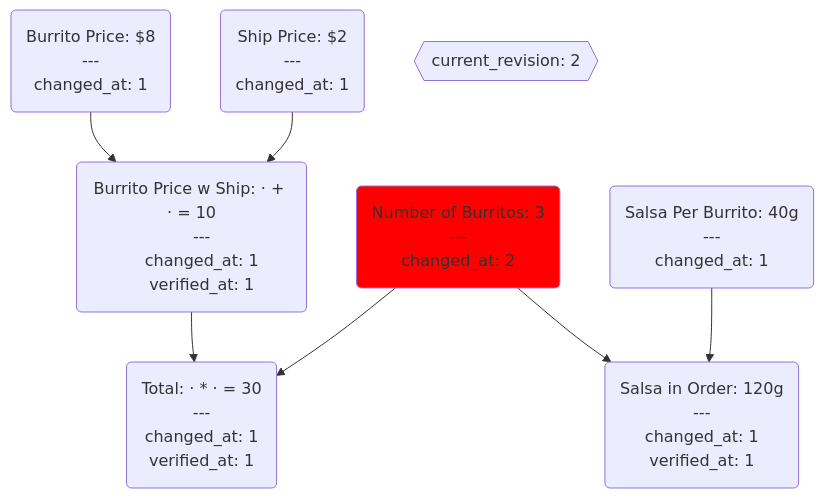
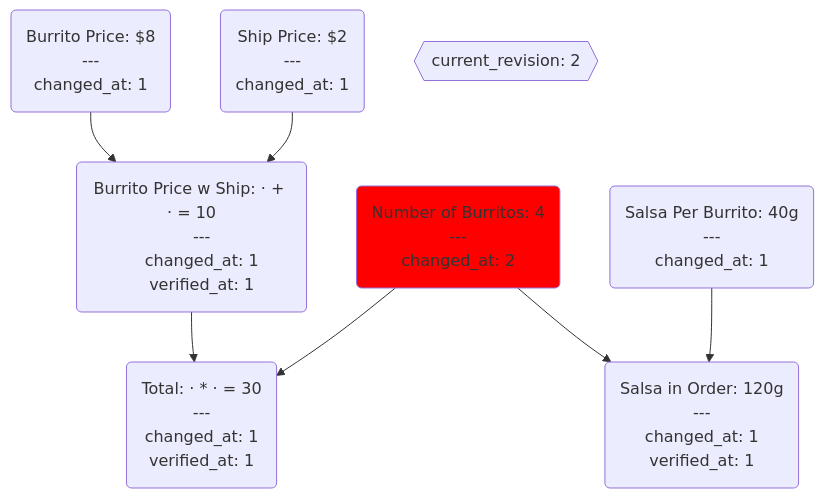
The fourth of 10 diagrams in drafts/salsa.md (xffxff/xffxff.github.io), drawn with Mermaid before and after one commit. The commit also changed other lines of this file, not shown here.

````diff
--- a/drafts/salsa.md
+++ b/drafts/salsa.md
@@ -81,50 +81,50 @@
 ```mermaid
 graph TD;
 
     bp("Burrito Price: $8 
     ---
     changed_at: 1")
 
     bpws("Burrito Price w Ship: · + · = 10
     ---
     changed_at: 1
     verified_at: 1
     ");
 
     bp-->bpws
 
     sp("Ship Price: $2
     ---
     changed_at: 1");
 
     sp-->bpws;
 
-    nb("Number of Burritos: 3
+    nb("Number of Burritos: 4
     ---
     changed_at: 2
     ")-->total;
 
     style nb fill:red;
 
     bpws-->total;
 
     total("Total: · * · = 30
     ---
     changed_at: 1
     verified_at: 1
     ");
 
     spb("Salsa Per Burrito: 40g
     ---
     changed_at: 1") --> salsa;
 
     nb-->salsa;
 
     salsa("Salsa in Order: 120g
     ---
     changed_at: 1
     verified_at: 1
     ");
 
     current_revision{{current_revision: 2}};
 ```
````
